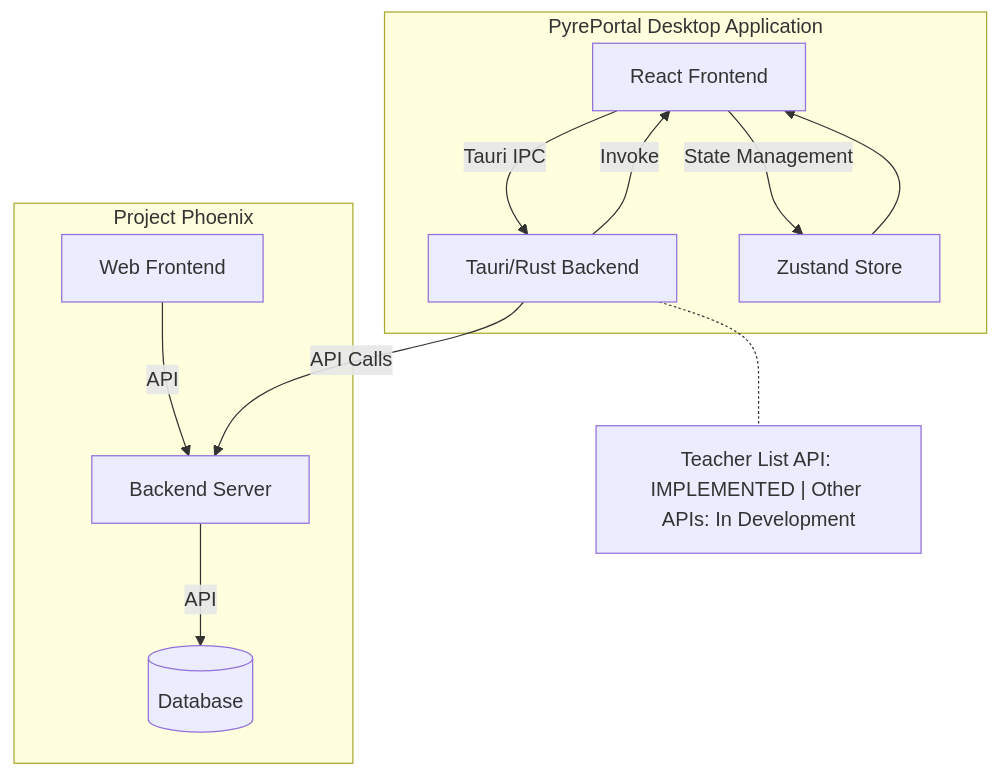
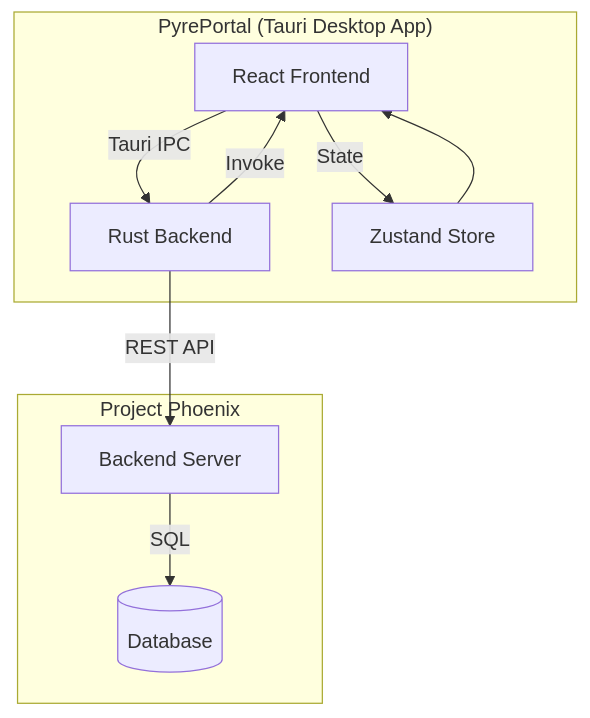
Before and after one commit to moto-nrw/PyrePortal: the diagram in README.md, drawn with Mermaid. The commit also changed other lines of this file and 1 other file, not shown here.

````diff
--- a/README.md
+++ b/README.md
@@ -53,19 +30,15 @@
 ```mermaid
 flowchart TB
-    subgraph "PyrePortal Desktop Application"
-        UI[React Frontend] --> |Tauri IPC| Backend[Tauri/Rust Backend]
-        Backend --> |Invoke| UI
-        UI --> |State Management| State[Zustand Store]
-        State --> UI
+    subgraph "PyrePortal (Tauri Desktop App)"
+        UI[React Frontend] -->|Tauri IPC| Backend[Rust Backend]
+        Backend -->|Invoke| UI
+        UI -->|State| Store[Zustand Store]
+        Store --> UI
     end
 
     subgraph "Project Phoenix"
-        Server[Backend Server] --> |API| Database[(Database)]
-        WebUI[Web Frontend] --> |API| Server
+        Server[Backend Server] -->|SQL| DB[(Database)]
     end
 
-    Backend --> |API Calls| Server
-
-    Note["Teacher List API: IMPLEMENTED | Other APIs: In Development"]
-    Backend -.- Note
+    Backend -->|REST API| Server
 ```
````
